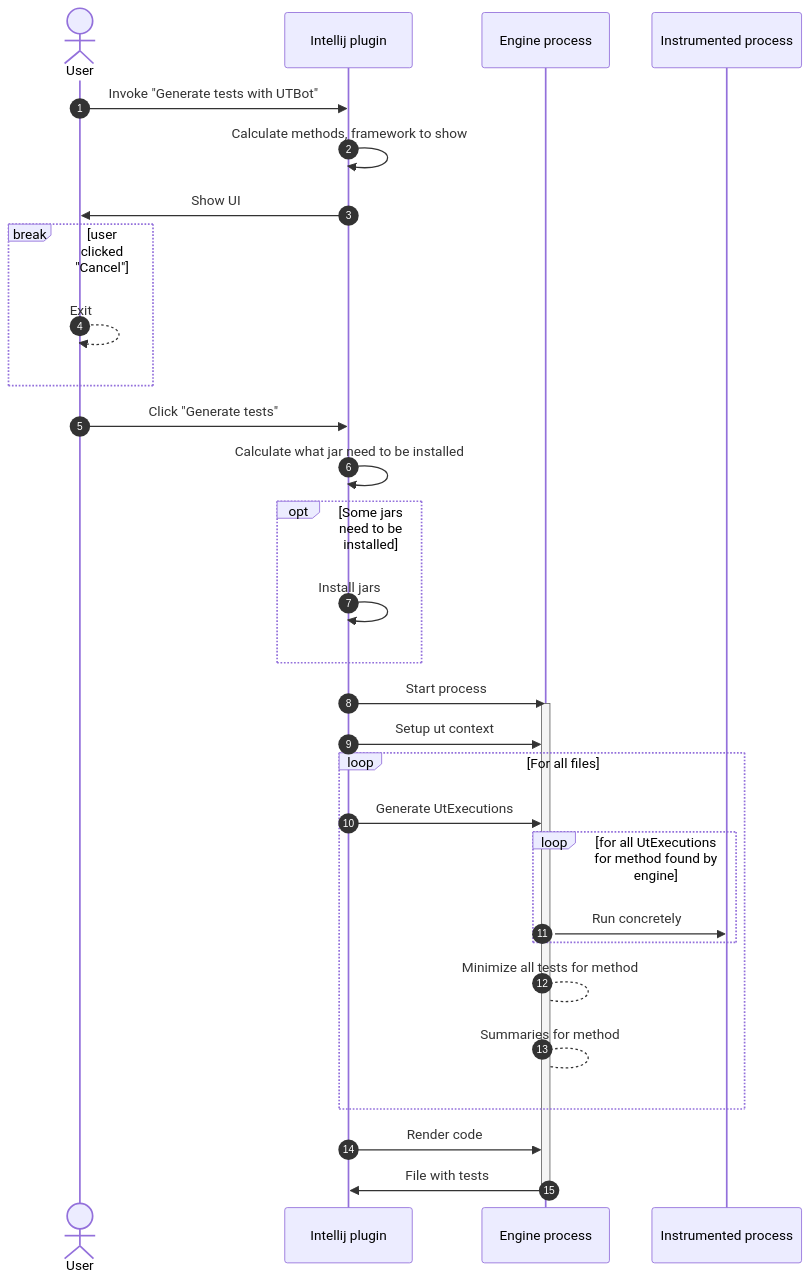
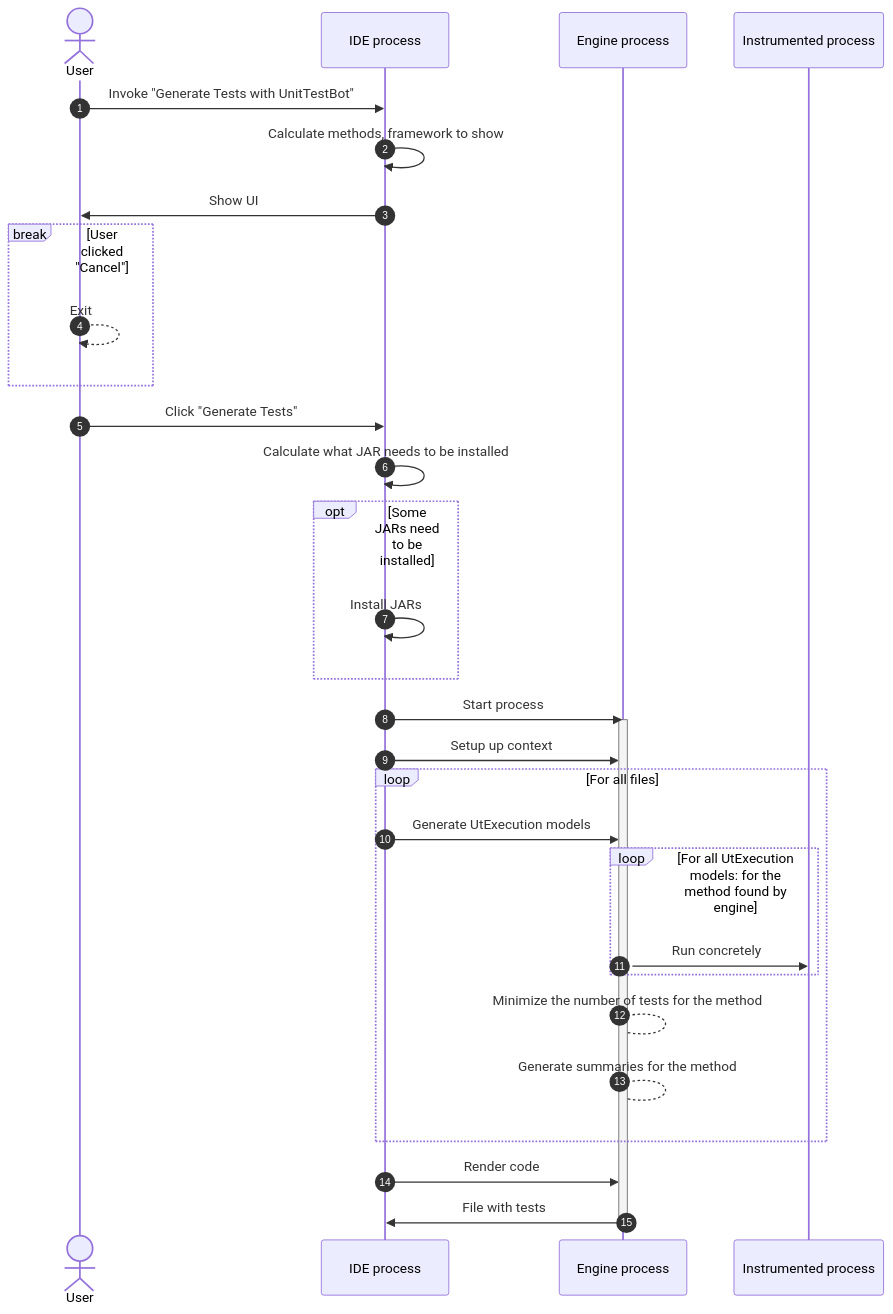
Before and after one commit to UnitTestBot/UTBotJava: the second of 2 diagrams in docs/OverallArchitecture.md, drawn with Mermaid. The commit also changed other lines of this file, not shown here.

Commit message:
OverallArchitecture.md updated with components info

````diff
--- a/docs/OverallArchitecture.md
+++ b/docs/OverallArchitecture.md
@@ -68,40 +68,39 @@
 ```mermaid
 sequenceDiagram
     autonumber
     actor user as User
-    participant ij as Intellij plugin
+    participant ij as IDE process
     participant engine as Engine process
     participant concrete as Instrumented process
     
-    user ->> ij: Invoke "Generate tests with UTBot"
+    user ->> ij: Invoke "Generate Tests with UnitTestBot"
     ij ->> ij: Calculate methods, framework to show
     ij ->> user: Show UI
 
-    break user clicked "Cancel"
+    break User clicked "Cancel"
         user -->> user: Exit
     end
-    user ->> ij: Click "Generate tests"
-    ij ->> ij: Calculate what jar need to be installed
+    user ->> ij: Click "Generate Tests"
+    ij ->> ij: Calculate what JAR needs to be installed
         
-    opt Some jars need to be installed  
-            ij ->> ij: Install jars
+    opt Some JARs need to be installed  
+            ij ->> ij: Install JARs
     end
 
     ij ->> engine: Start process
     activate engine
-    ij ->> engine: Setup ut context
+    ij ->> engine: Setup up context
     
     loop For all files
-        ij ->> engine: Generate UtExecutions
-        loop for all UtExecutions for method found by engine
+        ij ->> engine: Generate UtExecution models
+        loop For all UtExecution models: for the method found by engine
             engine ->> concrete: Run concretely            
         end
-        engine --> engine: Minimize all tests for method
-        engine --> engine: Summaries for method
+        engine --> engine: Minimize the number of tests for the method
+        engine --> engine: Generate summaries for the method
     end
     ij ->> engine: Render code
     engine ->> ij: File with tests
     deactivate engine
 
-    
 ```
````
